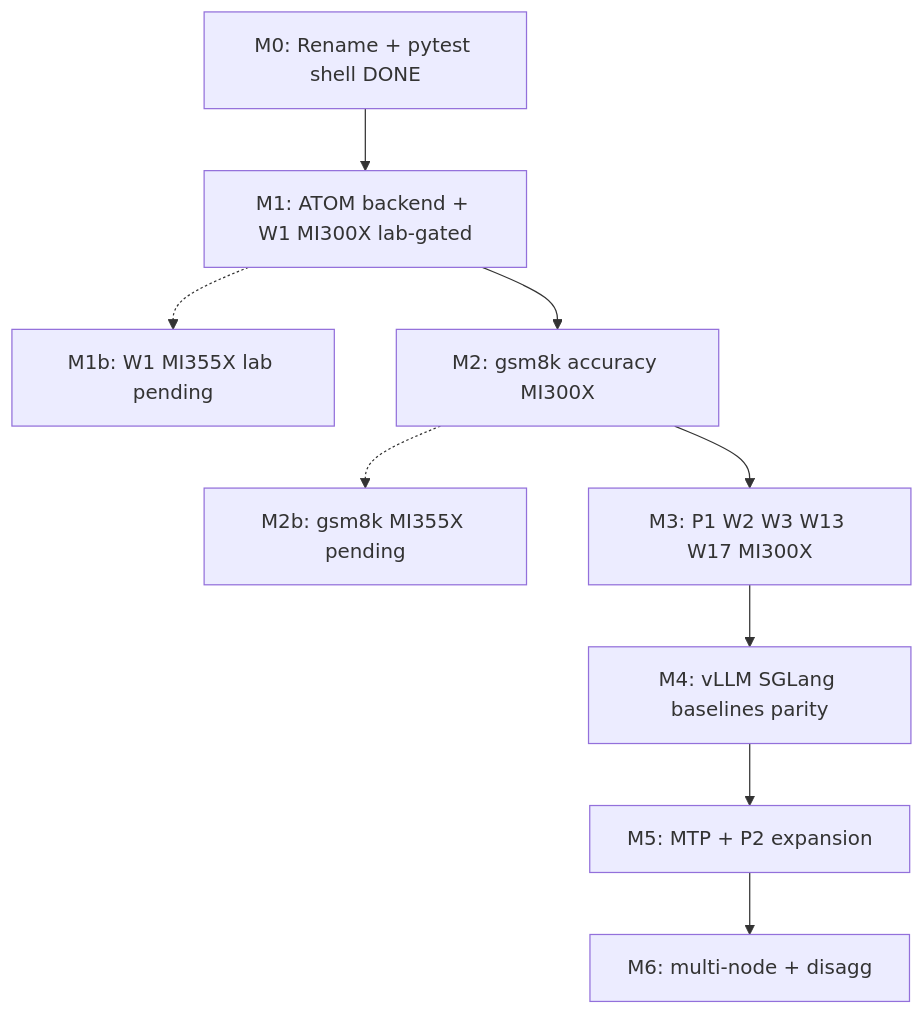
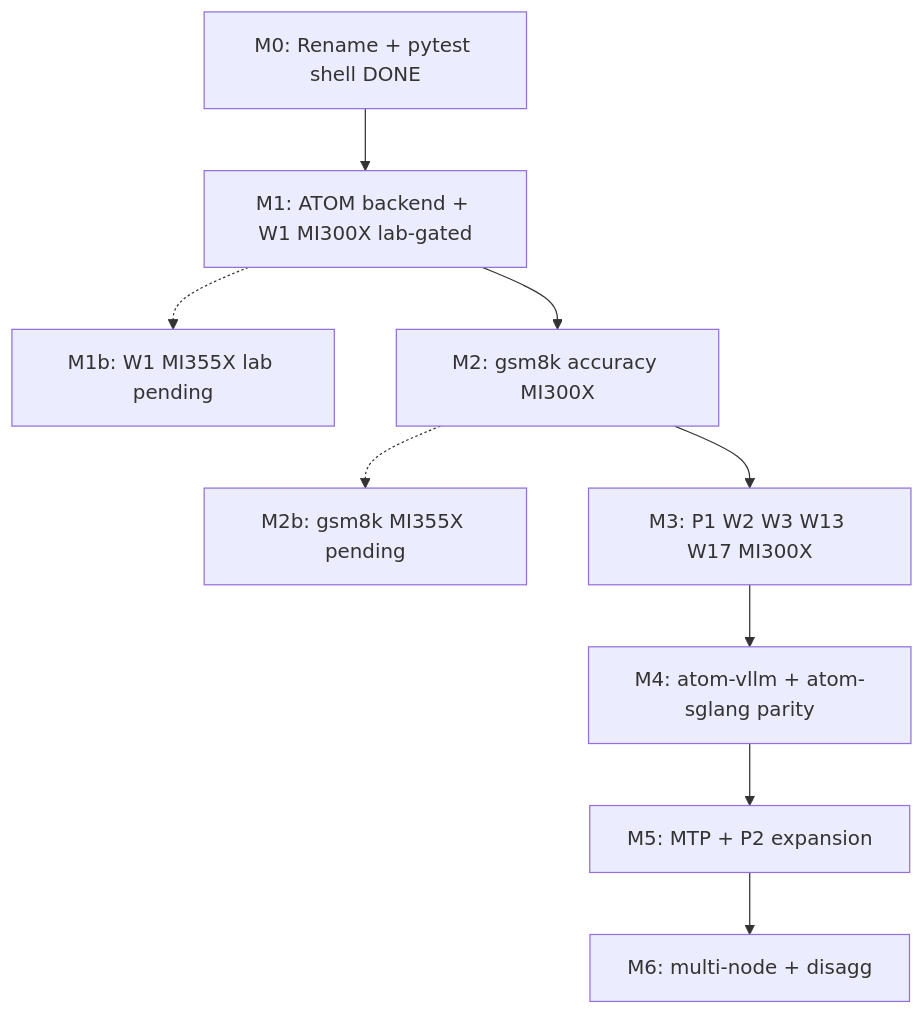
One commit to ROCm/cvs changed the seventh of 8 diagrams in plans/inferencex-atom-cvs-automation-plan.md. Above: the diagram before and after it, drawn with Mermaid. The commit also changed other lines of this file, not shown here.

First line of the commit message:
docs(plan): add Section 12 coverage for variants, parity frameworks, and metrics.

````diff
--- a/plans/inferencex-atom-cvs-automation-plan.md
+++ b/plans/inferencex-atom-cvs-automation-plan.md
@@ -751,15 +970,15 @@
 ```mermaid
 flowchart TB
   M0["M0: Rename + pytest shell DONE"]
   M1["M1: ATOM backend + W1 MI300X lab-gated"]
   M1P["M1b: W1 MI355X lab pending"]
   M2["M2: gsm8k accuracy MI300X"]
   M2P["M2b: gsm8k MI355X pending"]
   M3["M3: P1 W2 W3 W13 W17 MI300X"]
-  M4["M4: vLLM SGLang baselines parity"]
+  M4["M4: atom-vllm + atom-sglang parity"]
   M5["M5: MTP + P2 expansion"]
   M6["M6: multi-node + disagg"]
   M0 --> M1 --> M2 --> M3 --> M4 --> M5 --> M6
   M1 -.-> M1P
   M2 -.-> M2P
 ```
````
